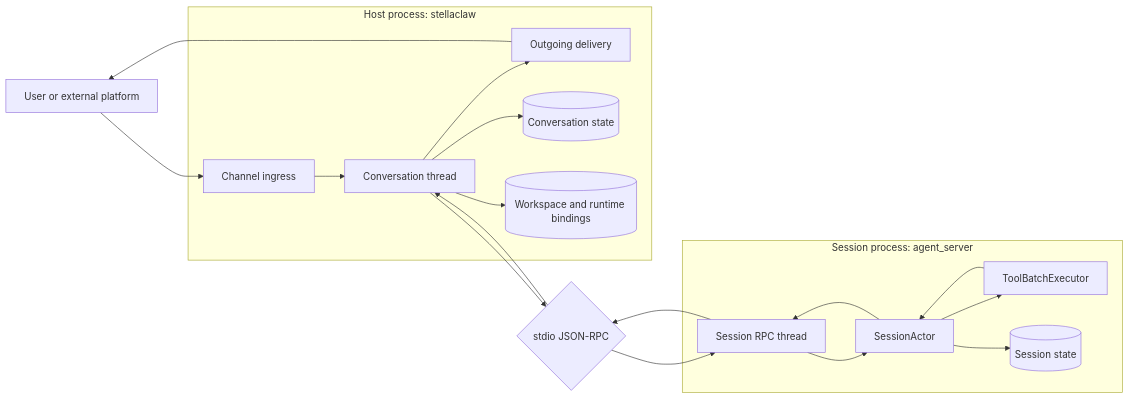
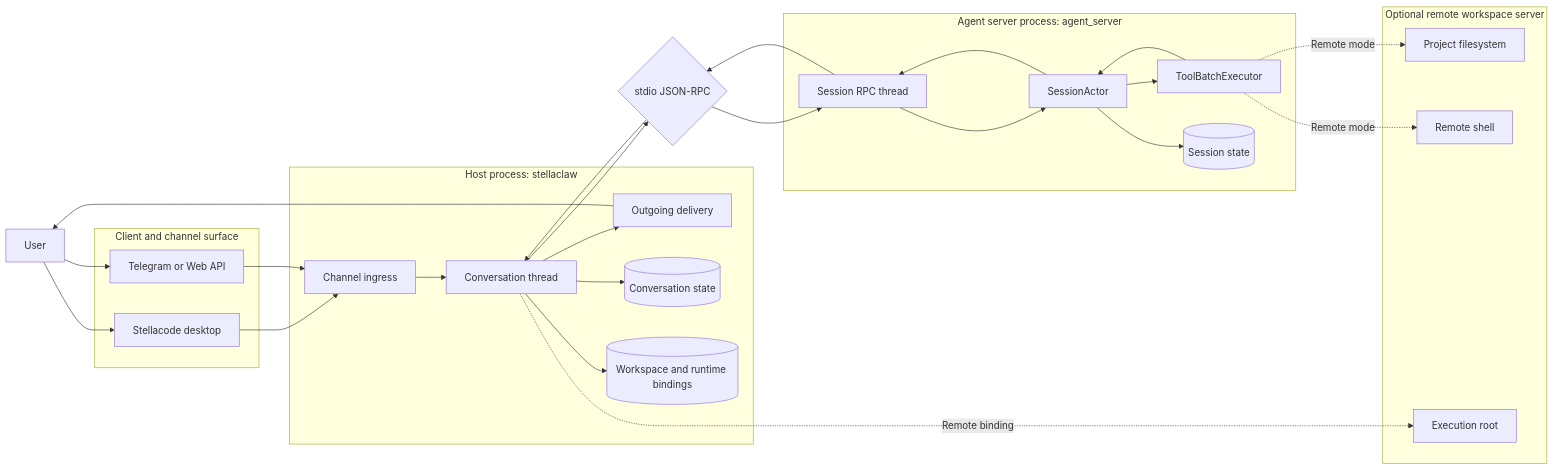
Before and after one commit to JeremyGuo/StellaClaw: the diagram in README.md, drawn with Mermaid. The commit also changed other lines of this file and 31 other files, not shown here.

Commit message:
Add Stellacode2 frontend shell

````diff
--- a/README.md
+++ b/README.md
@@ -66,37 +89,54 @@
 ```mermaid
 flowchart LR
-    User[User or external platform]
+    User[User]
+
+    subgraph Surface[Client and channel surface]
+        Stellacode[Stellacode desktop]
+        Channel[Telegram or Web API]
+    end
 
     subgraph Host[Host process: stellaclaw]
         Ingress[Channel ingress]
         Conv[Conversation thread]
         Delivery[Outgoing delivery]
         CStore[(Conversation state)]
         WStore[(Workspace and runtime bindings)]
     end
 
     IPC{stdio JSON-RPC}
 
-    subgraph Runtime[Session process: agent_server]
+    subgraph Runtime[Agent server process: agent_server]
         Rpc[Session RPC thread]
         Actor[SessionActor]
         Tools[ToolBatchExecutor]
         SStore[(Session state)]
     end
 
-    User --> Ingress
+    subgraph Remote[Optional remote workspace server]
+        RemoteFs[Project filesystem]
+        RemoteShell[Remote shell]
+        RemoteRoot[Execution root]
+    end
+
+    User --> Stellacode
+    User --> Channel
+    Stellacode --> Ingress
+    Channel --> Ingress
     Ingress --> Conv
     Conv --> CStore
     Conv --> WStore
     Conv --> IPC
     IPC --> Rpc
     Rpc --> Actor
     Actor --> Tools
     Tools --> Actor
+    Tools -. Remote mode .-> RemoteFs
+    Tools -. Remote mode .-> RemoteShell
+    Conv -. Remote binding .-> RemoteRoot
     Actor --> SStore
     Actor --> Rpc
     Rpc --> IPC
     IPC --> Conv
     Conv --> Delivery
     Delivery --> User
 ```
````
